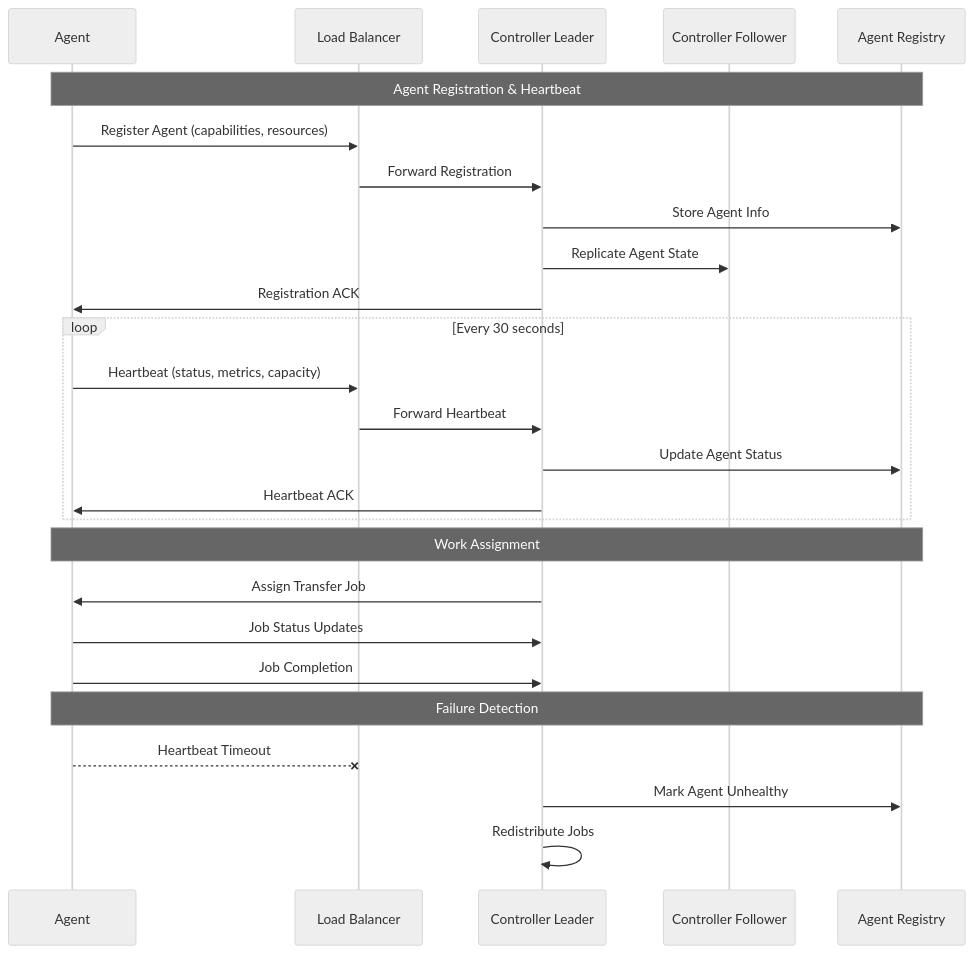
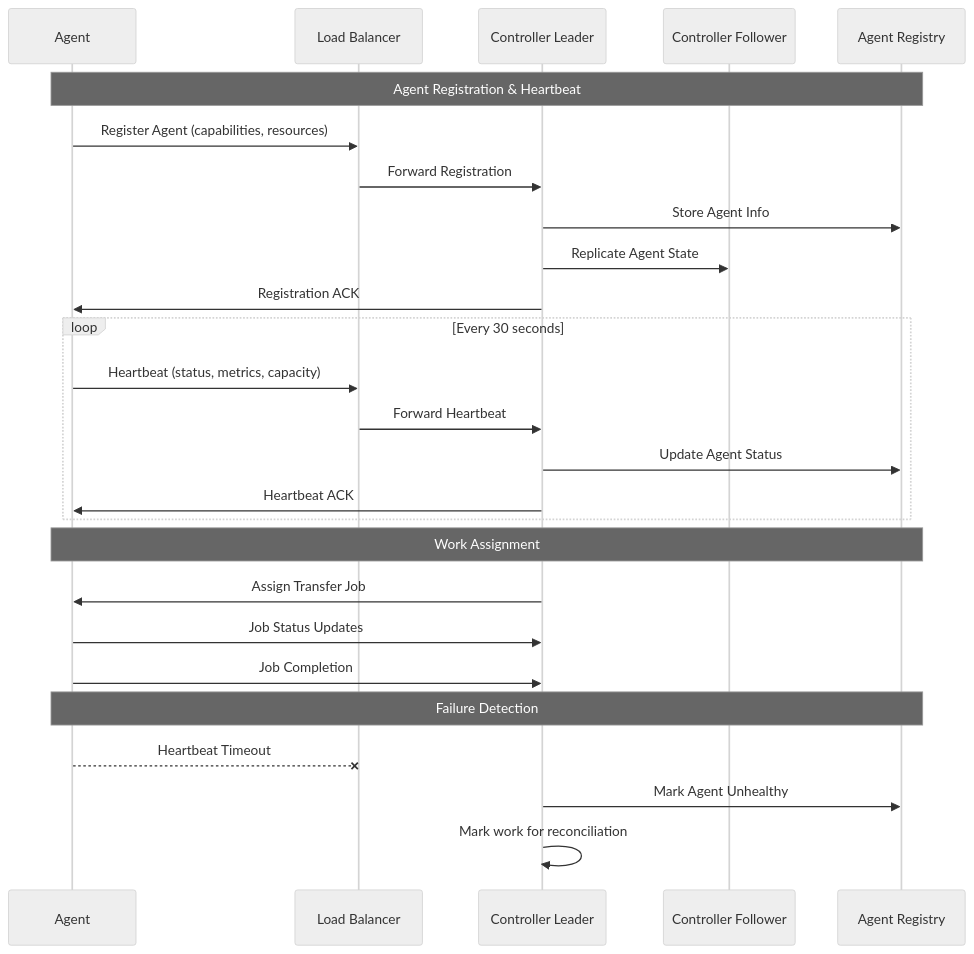
Diagram 13 of 23 in docs-design/design/QUORUS_SYSTEM_DESIGN.md (mraysmit/quorus), drawn with Mermaid (neutral theme) before and after one commit. The commit also changed other lines of this file and 31 other files, not shown here.

First line of the commit message:
docs: establish enterprise architecture contracts and delivery roadmap

````diff
--- a/docs-design/design/QUORUS_SYSTEM_DESIGN.md
+++ b/docs-design/design/QUORUS_SYSTEM_DESIGN.md
@@ -1914,32 +2209,32 @@
 ```mermaid
 sequenceDiagram
     participant A as Agent
     participant LB as Load Balancer
     participant C1 as Controller Leader
     participant C2 as Controller Follower
     participant AR as Agent Registry
 
     Note over A,AR: Agent Registration & Heartbeat
     A->>LB: Register Agent (capabilities, resources)
     LB->>C1: Forward Registration
     C1->>AR: Store Agent Info
     C1->>C2: Replicate Agent State
     C1->>A: Registration ACK
 
     loop Every 30 seconds
         A->>LB: Heartbeat (status, metrics, capacity)
         LB->>C1: Forward Heartbeat
         C1->>AR: Update Agent Status
         C1->>A: Heartbeat ACK
     end
 
     Note over A,AR: Work Assignment
     C1->>A: Assign Transfer Job
     A->>C1: Job Status Updates
     A->>C1: Job Completion
 
     Note over A,AR: Failure Detection
     A--xLB: Heartbeat Timeout
     C1->>AR: Mark Agent Unhealthy
-    C1->>C1: Redistribute Jobs
+    C1->>C1: Mark work for reconciliation
 ```
````
